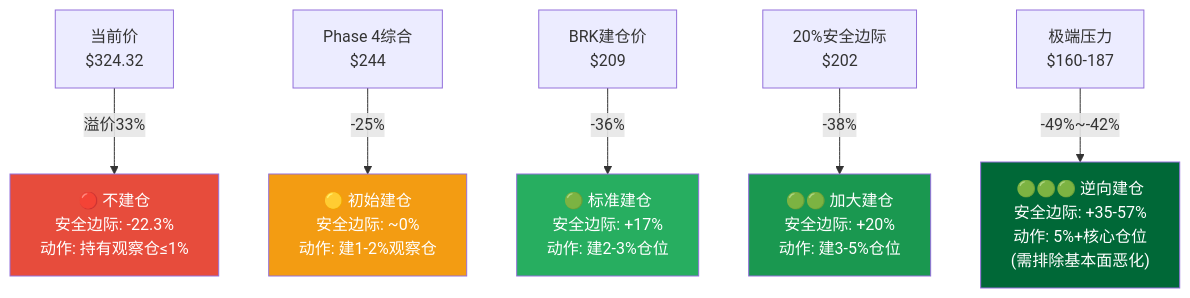
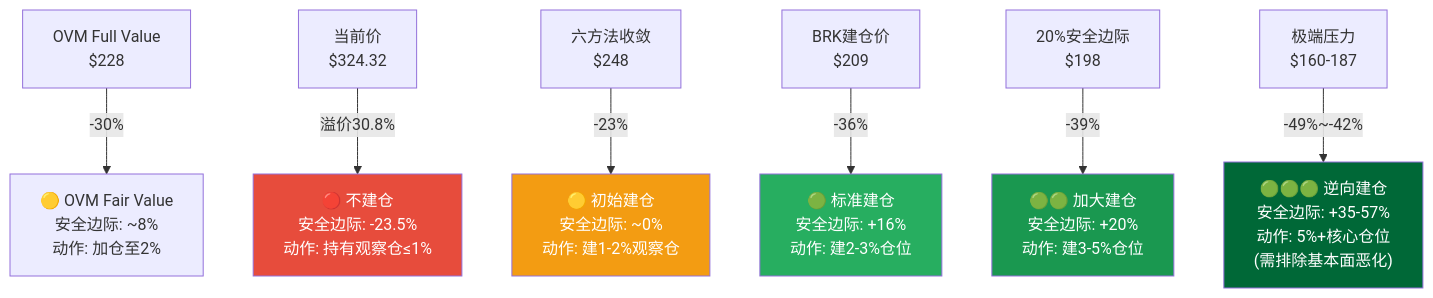
One commit to miltonnewyork25-afk/investment-master changed the first of 5 diagrams in reports/GOOGL_v2/staging/Ch26_position_calendar_action.md. Above: the diagram before and after it, drawn with Mermaid. The commit also changed other lines of this file and 4 other files, not shown here.

````diff
--- a/reports/GOOGL_v2/staging/Ch26_position_calendar_action.md
+++ b/reports/GOOGL_v2/staging/Ch26_position_calendar_action.md
@@ -23,20 +24,22 @@
 ```mermaid
 flowchart TD
+    P0["OVM Full Value<br/>$228"]
     P1["当前价<br/>$324.32"]
-    P2["Phase 4综合<br/>$244"]
+    P2["六方法收敛<br/>$248"]
     P3["BRK建仓价<br/>$209"]
-    P4["20%安全边际<br/>$202"]
+    P4["20%安全边际<br/>$198"]
     P5["极端压力<br/>$160-187"]
 
-    P1 --> |"溢价33%"| D1["🔴 不建仓<br/>安全边际: -22.3%<br/>动作: 持有观察仓≤1%"]
-    P2 --> |"-25%"| D2["🟡 初始建仓<br/>安全边际: ~0%<br/>动作: 建1-2%观察仓"]
-    P3 --> |"-36%"| D3["🟢 标准建仓<br/>安全边际: +17%<br/>动作: 建2-3%仓位"]
-    P4 --> |"-38%"| D4["🟢🟢 加大建仓<br/>安全边际: +20%<br/>动作: 建3-5%仓位"]
+    P1 --> |"溢价30.8%"| D1["🔴 不建仓<br/>安全边际: -23.5%<br/>动作: 持有观察仓≤1%"]
+    P2 --> |"-23%"| D2["🟡 初始建仓<br/>安全边际: ~0%<br/>动作: 建1-2%观察仓"]
+    P0 --> |"-30%"| D2b["🟡 OVM Fair Value<br/>安全边际: ~8%<br/>动作: 加仓至2%"]
+    P3 --> |"-36%"| D3["🟢 标准建仓<br/>安全边际: +16%<br/>动作: 建2-3%仓位"]
+    P4 --> |"-39%"| D4["🟢🟢 加大建仓<br/>安全边际: +20%<br/>动作: 建3-5%仓位"]
     P5 --> |"-49%~-42%"| D5["🟢🟢🟢 逆向建仓<br/>安全边际: +35-57%<br/>动作: 5%+核心仓位<br/>(需排除基本面恶化)"]
 
     style D1 fill:#e74c3c,color:#fff
     style D2 fill:#f39c12,color:#fff
     style D3 fill:#27ae60,color:#fff
     style D4 fill:#1a9850,color:#fff
     style D5 fill:#006837,color:#fff
 ```
````
